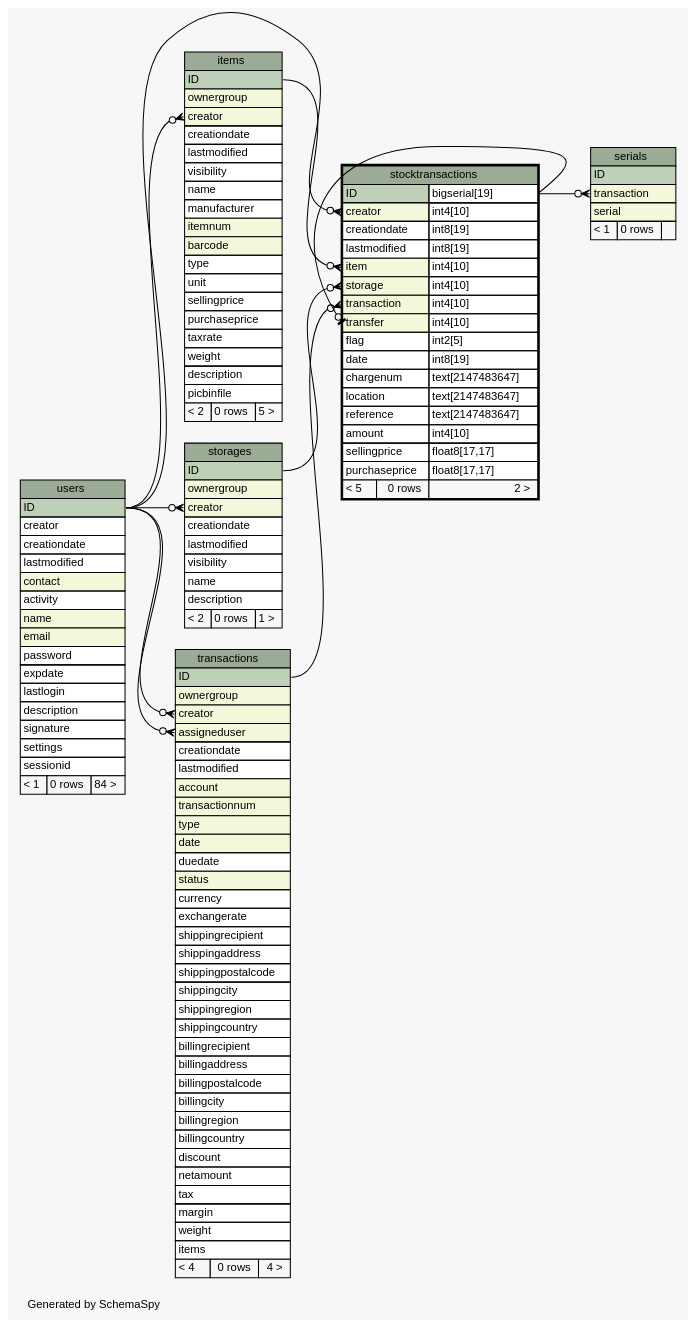
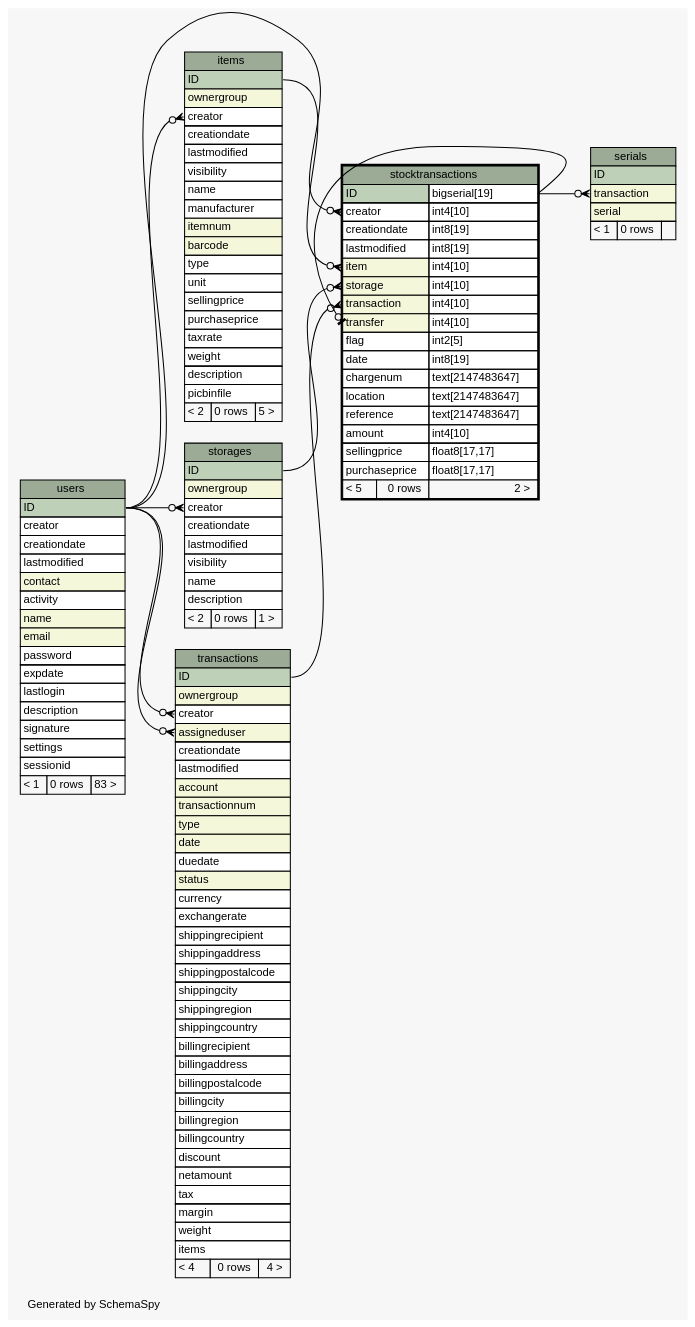
The diagram in diagrams/stocktransactions.1degree.dot (zeyosinc/zeyos-schema), drawn with Graphviz before and after one commit. The commit also changed 277 other files, not shown here.

```diff
--- a/diagrams/stocktransactions.1degree.dot
+++ b/diagrams/stocktransactions.1degree.dot
@@ -1,178 +1,178 @@
 // dot 2.38.0 on Windows 8.1 6.3
 // SchemaSpy rev 590
 digraph "oneDegreeRelationshipsDiagram" {
   graph [
     rankdir="RL"
     bgcolor="#f7f7f7"
     label="\nGenerated by SchemaSpy"
     labeljust="l"
     nodesep="0.18"
     ranksep="0.46"
     fontname="Helvetica"
     fontsize="11"
   ];
   node [
     fontname="Helvetica"
     fontsize="11"
     shape="plaintext"
   ];
   edge [
     arrowsize="0.8"
   ];
   "items":"creator":w -> "users":"ID":e [arrowhead=none dir=back arrowtail=crowodot];
   "serials":"transaction":w -> "stocktransactions":"ID.type":e [arrowhead=none dir=back arrowtail=crowodot];
   "stocktransactions":"creator":w -> "users":"ID":e [arrowhead=none dir=back arrowtail=crowodot];
   "stocktransactions":"item":w -> "items":"ID":e [arrowhead=none dir=back arrowtail=crowodot];
   "stocktransactions":"storage":w -> "storages":"ID":e [arrowhead=none dir=back arrowtail=crowodot];
   "stocktransactions":"transaction":w -> "transactions":"ID":e [arrowhead=none dir=back arrowtail=crowodot];
   "stocktransactions":"transfer":w -> "stocktransactions":"ID.type":e [arrowhead=none dir=back arrowtail=teeodot];
   "storages":"creator":w -> "users":"ID":e [arrowhead=none dir=back arrowtail=crowodot];
   "transactions":"assigneduser":w -> "users":"ID":e [arrowhead=none dir=back arrowtail=crowodot];
   "transactions":"creator":w -> "users":"ID":e [arrowhead=none dir=back arrowtail=crowodot];
   "items" [
     label=<
     <TABLE BORDER="0" CELLBORDER="1" CELLSPACING="0" BGCOLOR="#ffffff">
       <TR><TD COLSPAN="3" BGCOLOR="#9bab96" ALIGN="CENTER">items</TD></TR>
       <TR><TD PORT="ID" COLSPAN="3" BGCOLOR="#bed1b8" ALIGN="LEFT">ID</TD></TR>
       <TR><TD PORT="ownergroup" COLSPAN="3" BGCOLOR="#f4f7da" ALIGN="LEFT">ownergroup</TD></TR>
-      <TR><TD PORT="creator" COLSPAN="3" BGCOLOR="#f4f7da" ALIGN="LEFT">creator</TD></TR>
+      <TR><TD PORT="creator" COLSPAN="3" ALIGN="LEFT">creator</TD></TR>
       <TR><TD PORT="creationdate" COLSPAN="3" ALIGN="LEFT">creationdate</TD></TR>
       <TR><TD PORT="lastmodified" COLSPAN="3" ALIGN="LEFT">lastmodified</TD></TR>
       <TR><TD PORT="visibility" COLSPAN="3" ALIGN="LEFT">visibility</TD></TR>
       <TR><TD PORT="name" COLSPAN="3" ALIGN="LEFT">name</TD></TR>
       <TR><TD PORT="manufacturer" COLSPAN="3" ALIGN="LEFT">manufacturer</TD></TR>
       <TR><TD PORT="itemnum" COLSPAN="3" BGCOLOR="#f4f7da" ALIGN="LEFT">itemnum</TD></TR>
       <TR><TD PORT="barcode" COLSPAN="3" BGCOLOR="#f4f7da" ALIGN="LEFT">barcode</TD></TR>
       <TR><TD PORT="type" COLSPAN="3" ALIGN="LEFT">type</TD></TR>
       <TR><TD PORT="unit" COLSPAN="3" ALIGN="LEFT">unit</TD></TR>
       <TR><TD PORT="sellingprice" COLSPAN="3" ALIGN="LEFT">sellingprice</TD></TR>
       <TR><TD PORT="purchaseprice" COLSPAN="3" ALIGN="LEFT">purchaseprice</TD></TR>
       <TR><TD PORT="taxrate" COLSPAN="3" ALIGN="LEFT">taxrate</TD></TR>
       <TR><TD PORT="weight" COLSPAN="3" ALIGN="LEFT">weight</TD></TR>
       <TR><TD PORT="description" COLSPAN="3" ALIGN="LEFT">description</TD></TR>
       <TR><TD PORT="picbinfile" COLSPAN="3" ALIGN="LEFT">picbinfile</TD></TR>
       <TR><TD ALIGN="LEFT" BGCOLOR="#f7f7f7">&lt; 2</TD><TD ALIGN="RIGHT" BGCOLOR="#f7f7f7">0 rows</TD><TD ALIGN="RIGHT" BGCOLOR="#f7f7f7">5 &gt;</TD></TR>
     </TABLE>>
     URL="items.html"
     tooltip="items"
   ];
   "serials" [
     label=<
     <TABLE BORDER="0" CELLBORDER="1" CELLSPACING="0" BGCOLOR="#ffffff">
       <TR><TD COLSPAN="3" BGCOLOR="#9bab96" ALIGN="CENTER">serials</TD></TR>
       <TR><TD PORT="ID" COLSPAN="3" BGCOLOR="#bed1b8" ALIGN="LEFT">ID</TD></TR>
       <TR><TD PORT="transaction" COLSPAN="3" BGCOLOR="#f4f7da" ALIGN="LEFT">transaction</TD></TR>
       <TR><TD PORT="serial" COLSPAN="3" BGCOLOR="#f4f7da" ALIGN="LEFT">serial</TD></TR>
       <TR><TD ALIGN="LEFT" BGCOLOR="#f7f7f7">&lt; 1</TD><TD ALIGN="RIGHT" BGCOLOR="#f7f7f7">0 rows</TD><TD ALIGN="RIGHT" BGCOLOR="#f7f7f7">  </TD></TR>
     </TABLE>>
     URL="serials.html"
     tooltip="serials"
   ];
   "stocktransactions" [
     label=<
     <TABLE BORDER="2" CELLBORDER="1" CELLSPACING="0" BGCOLOR="#ffffff">
       <TR><TD COLSPAN="3" BGCOLOR="#9bab96" ALIGN="CENTER">stocktransactions</TD></TR>
       <TR><TD PORT="ID" COLSPAN="2" BGCOLOR="#bed1b8" ALIGN="LEFT">ID</TD><TD PORT="ID.type" ALIGN="LEFT">bigserial[19]</TD></TR>
-      <TR><TD PORT="creator" COLSPAN="2" BGCOLOR="#f4f7da" ALIGN="LEFT">creator</TD><TD PORT="creator.type" ALIGN="LEFT">int4[10]</TD></TR>
+      <TR><TD PORT="creator" COLSPAN="2" ALIGN="LEFT">creator</TD><TD PORT="creator.type" ALIGN="LEFT">int4[10]</TD></TR>
       <TR><TD PORT="creationdate" COLSPAN="2" ALIGN="LEFT">creationdate</TD><TD PORT="creationdate.type" ALIGN="LEFT">int8[19]</TD></TR>
       <TR><TD PORT="lastmodified" COLSPAN="2" ALIGN="LEFT">lastmodified</TD><TD PORT="lastmodified.type" ALIGN="LEFT">int8[19]</TD></TR>
       <TR><TD PORT="item" COLSPAN="2" BGCOLOR="#f4f7da" ALIGN="LEFT">item</TD><TD PORT="item.type" ALIGN="LEFT">int4[10]</TD></TR>
       <TR><TD PORT="storage" COLSPAN="2" BGCOLOR="#f4f7da" ALIGN="LEFT">storage</TD><TD PORT="storage.type" ALIGN="LEFT">int4[10]</TD></TR>
       <TR><TD PORT="transaction" COLSPAN="2" BGCOLOR="#f4f7da" ALIGN="LEFT">transaction</TD><TD PORT="transaction.type" ALIGN="LEFT">int4[10]</TD></TR>
       <TR><TD PORT="transfer" COLSPAN="2" BGCOLOR="#f4f7da" ALIGN="LEFT">transfer</TD><TD PORT="transfer.type" ALIGN="LEFT">int4[10]</TD></TR>
       <TR><TD PORT="flag" COLSPAN="2" ALIGN="LEFT">flag</TD><TD PORT="flag.type" ALIGN="LEFT">int2[5]</TD></TR>
       <TR><TD PORT="date" COLSPAN="2" ALIGN="LEFT">date</TD><TD PORT="date.type" ALIGN="LEFT">int8[19]</TD></TR>
       <TR><TD PORT="chargenum" COLSPAN="2" ALIGN="LEFT">chargenum</TD><TD PORT="chargenum.type" ALIGN="LEFT">text[2147483647]</TD></TR>
       <TR><TD PORT="location" COLSPAN="2" ALIGN="LEFT">location</TD><TD PORT="location.type" ALIGN="LEFT">text[2147483647]</TD></TR>
       <TR><TD PORT="reference" COLSPAN="2" ALIGN="LEFT">reference</TD><TD PORT="reference.type" ALIGN="LEFT">text[2147483647]</TD></TR>
       <TR><TD PORT="amount" COLSPAN="2" ALIGN="LEFT">amount</TD><TD PORT="amount.type" ALIGN="LEFT">int4[10]</TD></TR>
       <TR><TD PORT="sellingprice" COLSPAN="2" ALIGN="LEFT">sellingprice</TD><TD PORT="sellingprice.type" ALIGN="LEFT">float8[17,17]</TD></TR>
       <TR><TD PORT="purchaseprice" COLSPAN="2" ALIGN="LEFT">purchaseprice</TD><TD PORT="purchaseprice.type" ALIGN="LEFT">float8[17,17]</TD></TR>
       <TR><TD ALIGN="LEFT" BGCOLOR="#f7f7f7">&lt; 5</TD><TD ALIGN="RIGHT" BGCOLOR="#f7f7f7">0 rows</TD><TD ALIGN="RIGHT" BGCOLOR="#f7f7f7">2 &gt;</TD></TR>
     </TABLE>>
     URL="stocktransactions.html"
     tooltip="stocktransactions"
   ];
   "storages" [
     label=<
     <TABLE BORDER="0" CELLBORDER="1" CELLSPACING="0" BGCOLOR="#ffffff">
       <TR><TD COLSPAN="3" BGCOLOR="#9bab96" ALIGN="CENTER">storages</TD></TR>
       <TR><TD PORT="ID" COLSPAN="3" BGCOLOR="#bed1b8" ALIGN="LEFT">ID</TD></TR>
       <TR><TD PORT="ownergroup" COLSPAN="3" BGCOLOR="#f4f7da" ALIGN="LEFT">ownergroup</TD></TR>
-      <TR><TD PORT="creator" COLSPAN="3" BGCOLOR="#f4f7da" ALIGN="LEFT">creator</TD></TR>
+      <TR><TD PORT="creator" COLSPAN="3" ALIGN="LEFT">creator</TD></TR>
       <TR><TD PORT="creationdate" COLSPAN="3" ALIGN="LEFT">creationdate</TD></TR>
       <TR><TD PORT="lastmodified" COLSPAN="3" ALIGN="LEFT">lastmodified</TD></TR>
       <TR><TD PORT="visibility" COLSPAN="3" ALIGN="LEFT">visibility</TD></TR>
       <TR><TD PORT="name" COLSPAN="3" ALIGN="LEFT">name</TD></TR>
       <TR><TD PORT="description" COLSPAN="3" ALIGN="LEFT">description</TD></TR>
       <TR><TD ALIGN="LEFT" BGCOLOR="#f7f7f7">&lt; 2</TD><TD ALIGN="RIGHT" BGCOLOR="#f7f7f7">0 rows</TD><TD ALIGN="RIGHT" BGCOLOR="#f7f7f7">1 &gt;</TD></TR>
     </TABLE>>
     URL="storages.html"
     tooltip="storages"
   ];
   "transactions" [
     label=<
     <TABLE BORDER="0" CELLBORDER="1" CELLSPACING="0" BGCOLOR="#ffffff">
       <TR><TD COLSPAN="3" BGCOLOR="#9bab96" ALIGN="CENTER">transactions</TD></TR>
       <TR><TD PORT="ID" COLSPAN="3" BGCOLOR="#bed1b8" ALIGN="LEFT">ID</TD></TR>
       <TR><TD PORT="ownergroup" COLSPAN="3" BGCOLOR="#f4f7da" ALIGN="LEFT">ownergroup</TD></TR>
-      <TR><TD PORT="creator" COLSPAN="3" BGCOLOR="#f4f7da" ALIGN="LEFT">creator</TD></TR>
+      <TR><TD PORT="creator" COLSPAN="3" ALIGN="LEFT">creator</TD></TR>
       <TR><TD PORT="assigneduser" COLSPAN="3" BGCOLOR="#f4f7da" ALIGN="LEFT">assigneduser</TD></TR>
       <TR><TD PORT="creationdate" COLSPAN="3" ALIGN="LEFT">creationdate</TD></TR>
       <TR><TD PORT="lastmodified" COLSPAN="3" ALIGN="LEFT">lastmodified</TD></TR>
       <TR><TD PORT="account" COLSPAN="3" BGCOLOR="#f4f7da" ALIGN="LEFT">account</TD></TR>
       <TR><TD PORT="transactionnum" COLSPAN="3" BGCOLOR="#f4f7da" ALIGN="LEFT">transactionnum</TD></TR>
       <TR><TD PORT="type" COLSPAN="3" BGCOLOR="#f4f7da" ALIGN="LEFT">type</TD></TR>
       <TR><TD PORT="date" COLSPAN="3" BGCOLOR="#f4f7da" ALIGN="LEFT">date</TD></TR>
       <TR><TD PORT="duedate" COLSPAN="3" ALIGN="LEFT">duedate</TD></TR>
       <TR><TD PORT="status" COLSPAN="3" BGCOLOR="#f4f7da" ALIGN="LEFT">status</TD></TR>
       <TR><TD PORT="currency" COLSPAN="3" ALIGN="LEFT">currency</TD></TR>
       <TR><TD PORT="exchangerate" COLSPAN="3" ALIGN="LEFT">exchangerate</TD></TR>
       <TR><TD PORT="shippingrecipient" COLSPAN="3" ALIGN="LEFT">shippingrecipient</TD></TR>
       <TR><TD PORT="shippingaddress" COLSPAN="3" ALIGN="LEFT">shippingaddress</TD></TR>
       <TR><TD PORT="shippingpostalcode" COLSPAN="3" ALIGN="LEFT">shippingpostalcode</TD></TR>
       <TR><TD PORT="shippingcity" COLSPAN="3" ALIGN="LEFT">shippingcity</TD></TR>
       <TR><TD PORT="shippingregion" COLSPAN="3" ALIGN="LEFT">shippingregion</TD></TR>
       <TR><TD PORT="shippingcountry" COLSPAN="3" ALIGN="LEFT">shippingcountry</TD></TR>
       <TR><TD PORT="billingrecipient" COLSPAN="3" ALIGN="LEFT">billingrecipient</TD></TR>
       <TR><TD PORT="billingaddress" COLSPAN="3" ALIGN="LEFT">billingaddress</TD></TR>
       <TR><TD PORT="billingpostalcode" COLSPAN="3" ALIGN="LEFT">billingpostalcode</TD></TR>
       <TR><TD PORT="billingcity" COLSPAN="3" ALIGN="LEFT">billingcity</TD></TR>
       <TR><TD PORT="billingregion" COLSPAN="3" ALIGN="LEFT">billingregion</TD></TR>
       <TR><TD PORT="billingcountry" COLSPAN="3" ALIGN="LEFT">billingcountry</TD></TR>
       <TR><TD PORT="discount" COLSPAN="3" ALIGN="LEFT">discount</TD></TR>
       <TR><TD PORT="netamount" COLSPAN="3" ALIGN="LEFT">netamount</TD></TR>
       <TR><TD PORT="tax" COLSPAN="3" ALIGN="LEFT">tax</TD></TR>
       <TR><TD PORT="margin" COLSPAN="3" ALIGN="LEFT">margin</TD></TR>
       <TR><TD PORT="weight" COLSPAN="3" ALIGN="LEFT">weight</TD></TR>
       <TR><TD PORT="items" COLSPAN="3" ALIGN="LEFT">items</TD></TR>
       <TR><TD ALIGN="LEFT" BGCOLOR="#f7f7f7">&lt; 4</TD><TD ALIGN="RIGHT" BGCOLOR="#f7f7f7">0 rows</TD><TD ALIGN="RIGHT" BGCOLOR="#f7f7f7">4 &gt;</TD></TR>
     </TABLE>>
     URL="transactions.html"
     tooltip="transactions"
   ];
   "users" [
     label=<
     <TABLE BORDER="0" CELLBORDER="1" CELLSPACING="0" BGCOLOR="#ffffff">
       <TR><TD COLSPAN="3" BGCOLOR="#9bab96" ALIGN="CENTER">users</TD></TR>
       <TR><TD PORT="ID" COLSPAN="3" BGCOLOR="#bed1b8" ALIGN="LEFT">ID</TD></TR>
       <TR><TD PORT="creator" COLSPAN="3" ALIGN="LEFT">creator</TD></TR>
       <TR><TD PORT="creationdate" COLSPAN="3" ALIGN="LEFT">creationdate</TD></TR>
       <TR><TD PORT="lastmodified" COLSPAN="3" ALIGN="LEFT">lastmodified</TD></TR>
       <TR><TD PORT="contact" COLSPAN="3" BGCOLOR="#f4f7da" ALIGN="LEFT">contact</TD></TR>
       <TR><TD PORT="activity" COLSPAN="3" ALIGN="LEFT">activity</TD></TR>
       <TR><TD PORT="name" COLSPAN="3" BGCOLOR="#f4f7da" ALIGN="LEFT">name</TD></TR>
       <TR><TD PORT="email" COLSPAN="3" BGCOLOR="#f4f7da" ALIGN="LEFT">email</TD></TR>
       <TR><TD PORT="password" COLSPAN="3" ALIGN="LEFT">password</TD></TR>
       <TR><TD PORT="expdate" COLSPAN="3" ALIGN="LEFT">expdate</TD></TR>
       <TR><TD PORT="lastlogin" COLSPAN="3" ALIGN="LEFT">lastlogin</TD></TR>
       <TR><TD PORT="description" COLSPAN="3" ALIGN="LEFT">description</TD></TR>
       <TR><TD PORT="signature" COLSPAN="3" ALIGN="LEFT">signature</TD></TR>
       <TR><TD PORT="settings" COLSPAN="3" ALIGN="LEFT">settings</TD></TR>
       <TR><TD PORT="sessionid" COLSPAN="3" ALIGN="LEFT">sessionid</TD></TR>
-      <TR><TD ALIGN="LEFT" BGCOLOR="#f7f7f7">&lt; 1</TD><TD ALIGN="RIGHT" BGCOLOR="#f7f7f7">0 rows</TD><TD ALIGN="RIGHT" BGCOLOR="#f7f7f7">84 &gt;</TD></TR>
+      <TR><TD ALIGN="LEFT" BGCOLOR="#f7f7f7">&lt; 1</TD><TD ALIGN="RIGHT" BGCOLOR="#f7f7f7">0 rows</TD><TD ALIGN="RIGHT" BGCOLOR="#f7f7f7">83 &gt;</TD></TR>
     </TABLE>>
     URL="users.html"
     tooltip="users"
   ];
 }
```
